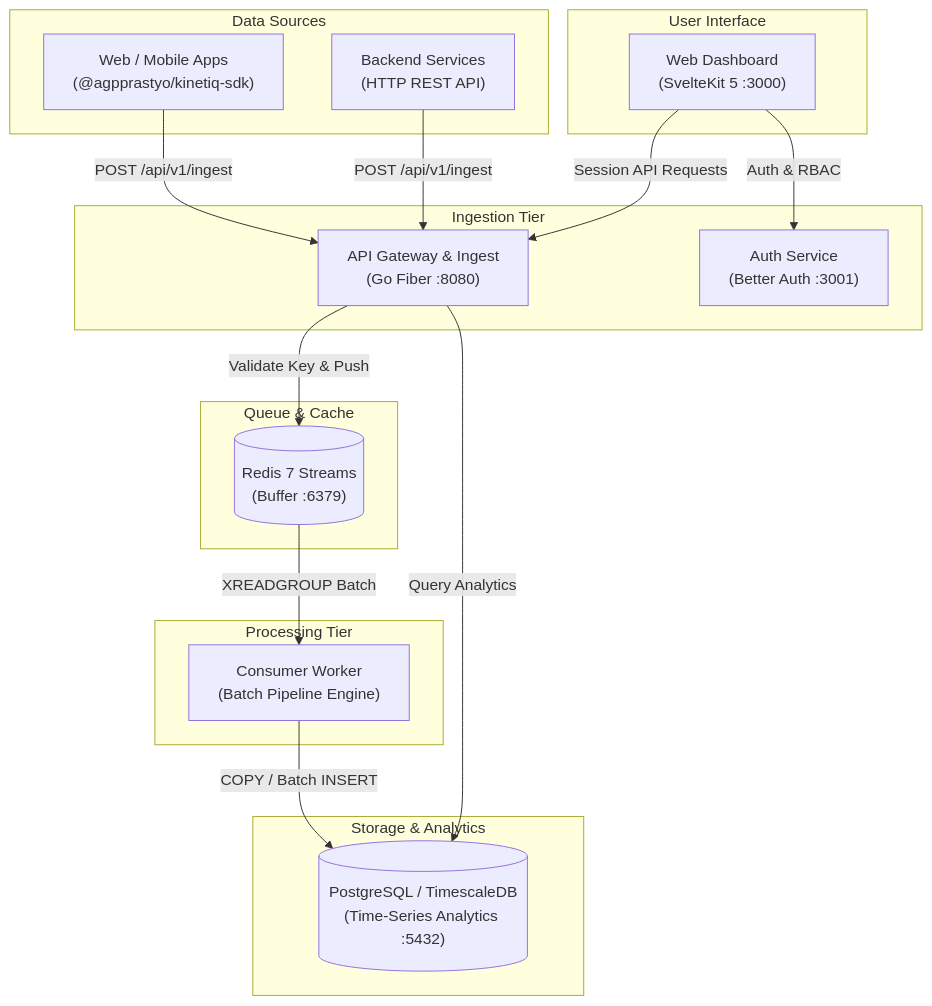
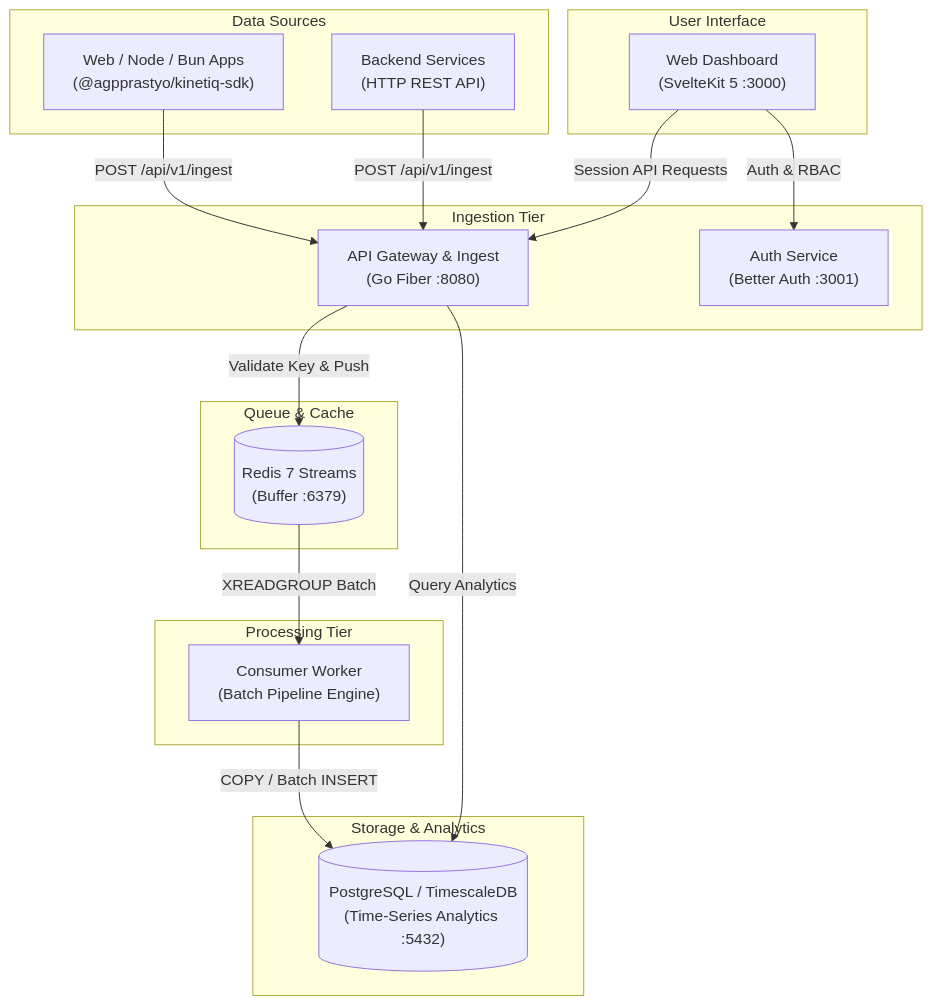
Before and after one commit to agpprastyo/kinetiq: the diagram in README.md, drawn with Mermaid. The commit also changed other lines of this file and 4 other files, not shown here.

````diff
--- a/README.md
+++ b/README.md
@@ -40,37 +38,37 @@
 ```mermaid
 flowchart TD
     subgraph Clients["Data Sources"]
-        Browser["Web / Mobile Apps<br/>(@agpprastyo/kinetiq-sdk)"]
+        Browser["Web / Node / Bun Apps<br/>(@agpprastyo/kinetiq-sdk)"]
         Backend["Backend Services<br/>(HTTP REST API)"]
     end
 
     subgraph Edge["Ingestion Tier"]
         API["API Gateway & Ingest<br/>(Go Fiber :8080)"]
         Auth["Auth Service<br/>(Better Auth :3001)"]
     end
 
     subgraph Buffer["Queue & Cache"]
         Queue[("Redis 7 Streams<br/>(Buffer :6379)")]
     end
 
     subgraph Async["Processing Tier"]
         Worker["Consumer Worker<br/>(Batch Pipeline Engine)"]
     end
 
     subgraph Storage["Storage & Analytics"]
         DB[("PostgreSQL / TimescaleDB<br/>(Time-Series Analytics :5432)")]
     end
 
     subgraph Presentation["User Interface"]
         Web["Web Dashboard<br/>(SvelteKit 5 :3000)"]
     end
 
     Browser -->|"POST /api/v1/ingest"| API
     Backend -->|"POST /api/v1/ingest"| API
     API -->|"Validate Key & Push"| Queue
     Queue -->|"XREADGROUP Batch"| Worker
     Worker -->|"COPY / Batch INSERT"| DB
     Web -->|"Session API Requests"| API
     Web -->|"Auth & RBAC"| Auth
     API -->|"Query Analytics"| DB
 ```
````
